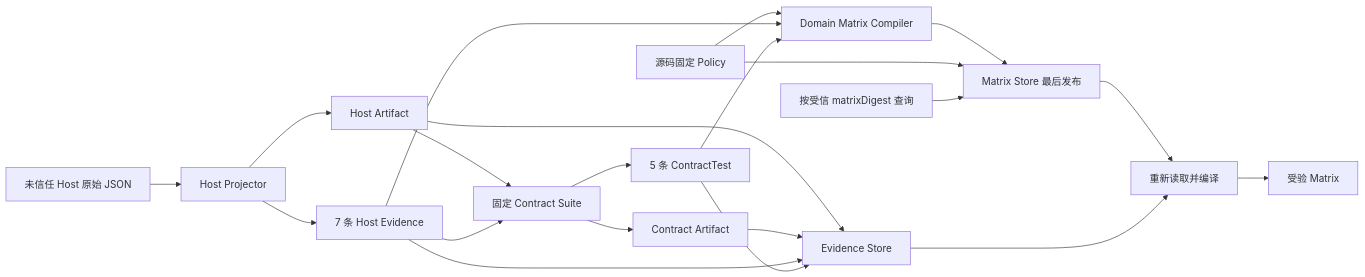
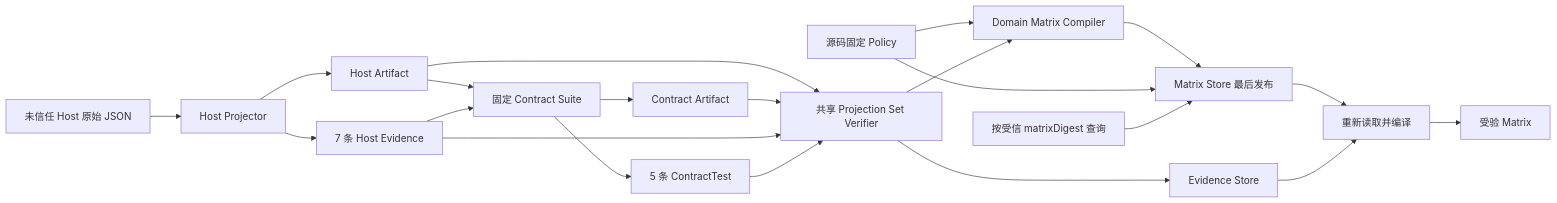
Before and after one commit to MarchRory/liushi-aweasome-agentic-engineering: the diagram in packages/liushi-harness/docs/engineering/executorCompatibilityStore.md, drawn with Mermaid. The commit also changed other lines of this file and 7 other files, not shown here.

Commit message:
docs(harness): align codex contract v2 evidence

````diff
--- a/packages/liushi-harness/docs/engineering/executorCompatibilityStore.md
+++ b/packages/liushi-harness/docs/engineering/executorCompatibilityStore.md
@@ -48,23 +48,23 @@
 ```mermaid
 flowchart LR
   raw["未信任 Host 原始 JSON"] --> hostProjector["Host Projector"]
   hostProjector --> hostArtifact["Host Artifact"]
   hostProjector --> hostEvidence["7 条 Host Evidence"]
   hostArtifact --> contractProjector["固定 Contract Suite"]
   hostEvidence --> contractProjector
   contractProjector --> contractArtifact["Contract Artifact"]
   contractProjector --> contractEvidence["5 条 ContractTest"]
+  hostArtifact --> projectionVerifier["共享 Projection Set Verifier"]
+  contractArtifact --> projectionVerifier
+  hostEvidence --> projectionVerifier
+  contractEvidence --> projectionVerifier
   policy["源码固定 Policy"] --> compiler["Domain Matrix Compiler"]
-  hostEvidence --> compiler
-  contractEvidence --> compiler
-  hostArtifact --> evidenceStore["Evidence Store"]
-  contractArtifact --> evidenceStore
-  hostEvidence --> evidenceStore
-  contractEvidence --> evidenceStore
+  projectionVerifier --> compiler
+  projectionVerifier --> evidenceStore["Evidence Store"]
   compiler --> matrixStore["Matrix Store 最后发布"]
   policy --> matrixStore
   query["按受信 matrixDigest 查询"] --> matrixStore
   matrixStore --> recompile["重新读取并编译"]
   evidenceStore --> recompile
   recompile --> verified["受验 Matrix"]
 ```
````
